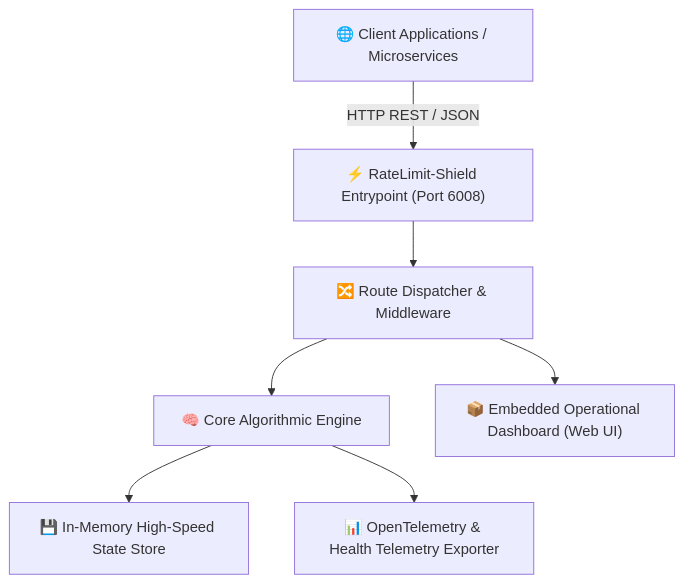
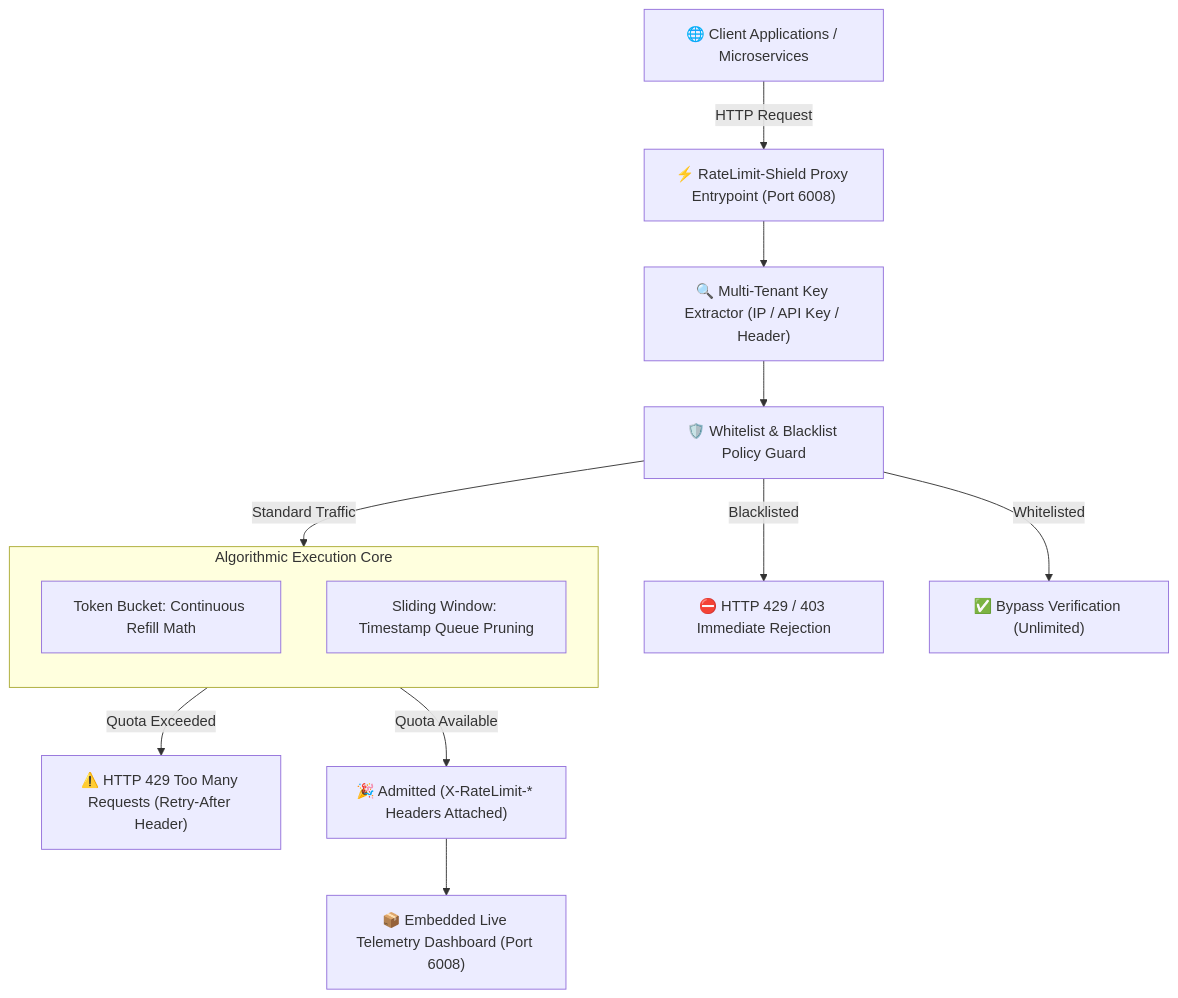
One commit to alinurettin/RateLimit-Shield changed the diagram in README.md. Above: the diagram before and after it, drawn with Mermaid. The commit also changed other lines of this file and 8 other files, not shown here.

Commit message:
feat(core): major architectural upgrade to dual Token Bucket and Sliding Window engine with live visualizer (34/34 assertions passed)

````diff
--- a/README.md
+++ b/README.md
@@ -22,9 +22,20 @@
 ```mermaid
 flowchart TD
-    Client["🌐 Client Applications / Microservices"] -->|HTTP REST / JSON| Gateway["⚡ RateLimit-Shield Entrypoint (Port 6008)"]
-    Gateway --> Router["🔀 Route Dispatcher & Middleware"]
-    Router --> Engine["🧠 Core Algorithmic Engine"]
-    Engine --> Storage["💾 In-Memory High-Speed State Store"]
-    Router --> Static["📦 Embedded Operational Dashboard (Web UI)"]
-    Engine --> Metrics["📊 OpenTelemetry & Health Telemetry Exporter"]
+    Client["🌐 Client Applications / Microservices"] -->|HTTP Request| Gateway["⚡ RateLimit-Shield Proxy Entrypoint (Port 6008)"]
+    Gateway --> Identifier["🔍 Multi-Tenant Key Extractor (IP / API Key / Header)"]
+    Identifier --> Filter["🛡️ Whitelist & Blacklist Policy Guard"]
+    Filter -->|Blacklisted| Drop["⛔ HTTP 429 / 403 Immediate Rejection"]
+    Filter -->|Whitelisted| Pass["✅ Bypass Verification (Unlimited)"]
+    Filter -->|Standard Traffic| Engine["🧠 Dual-Algorithm Rate Limiting Engine"]
+    
+    subgraph Engine["Algorithmic Execution Core"]
+        direction TB
+        TB["Token Bucket: Continuous Refill Math"]
+        SW["Sliding Window: Timestamp Queue Pruning"]
+    end
+    
+    Engine -->|Quota Exceeded| Throttle["⚠️ HTTP 429 Too Many Requests (Retry-After Header)"]
+    Engine -->|Quota Available| Admitted["🎉 Admitted (X-RateLimit-* Headers Attached)"]
+    
+    Admitted --> UI["📦 Embedded Live Telemetry Dashboard (Port 6008)"]
 ```
````
